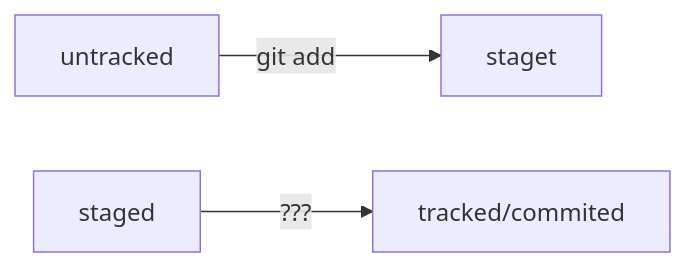
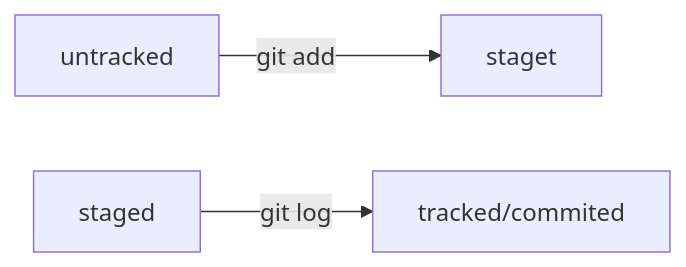
The diagram in README.md (Dolgoulsky/aboutGIT), drawn with Mermaid before and after one commit.

Commit message:
feat: Дополнение в Mermaid

````diff
--- a/README.md
+++ b/README.md
@@ -151,6 +151,6 @@
 ```mermaid
 graph LR;
 untracked -- git add --> staget;
-staged -- ??? --> tracked/commited;
+staged -- git log --> tracked/commited;
 
 ```
````
